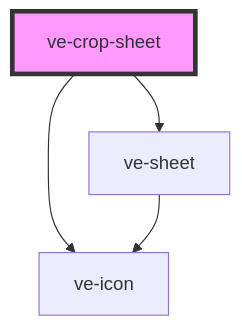
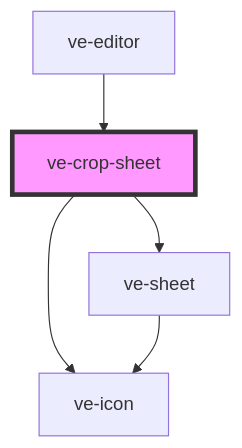
One commit to dotnetdreamer/capacitor-video-kit changed the diagram in src/components/ve-crop-sheet/readme.md. Above: the diagram before and after it, drawn with Mermaid. The commit also changed other lines of this file and 38 other files, not shown here.

````diff
--- a/src/components/ve-crop-sheet/readme.md
+++ b/src/components/ve-crop-sheet/readme.md
@@ -42,7 +46,8 @@
 ```mermaid
 graph TD;
   ve-crop-sheet --> ve-sheet
   ve-crop-sheet --> ve-icon
   ve-sheet --> ve-icon
+  ve-editor --> ve-crop-sheet
   style ve-crop-sheet fill:#f9f,stroke:#333,stroke-width:4px
 ```
````
